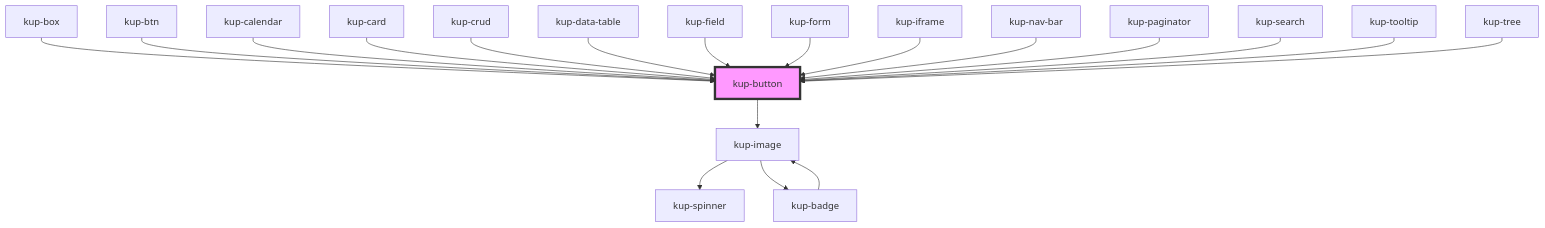
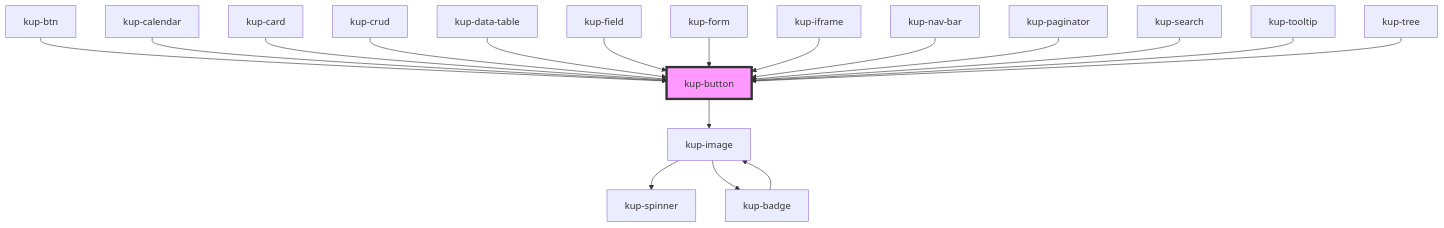
The diagram in packages/ketchup/src/components/kup-button/readme.md (smeup/ketchup), drawn with Mermaid before and after one commit. The commit also changed other lines of this file and 12 other files, not shown here.

````diff
--- a/packages/ketchup/src/components/kup-button/readme.md
+++ b/packages/ketchup/src/components/kup-button/readme.md
@@ -73,22 +72,21 @@
 ```mermaid
 graph TD;
   kup-button --> kup-image
   kup-image --> kup-spinner
   kup-image --> kup-badge
   kup-badge --> kup-image
-  kup-box --> kup-button
   kup-btn --> kup-button
   kup-calendar --> kup-button
   kup-card --> kup-button
   kup-crud --> kup-button
   kup-data-table --> kup-button
   kup-field --> kup-button
   kup-form --> kup-button
   kup-iframe --> kup-button
   kup-nav-bar --> kup-button
   kup-paginator --> kup-button
   kup-search --> kup-button
   kup-tooltip --> kup-button
   kup-tree --> kup-button
   style kup-button fill:#f9f,stroke:#333,stroke-width:4px
 ```
````
